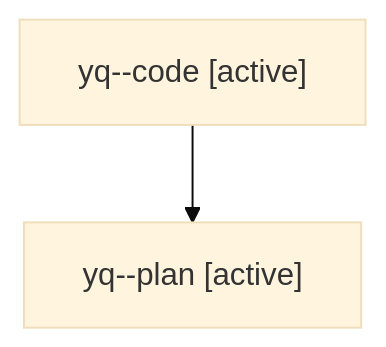
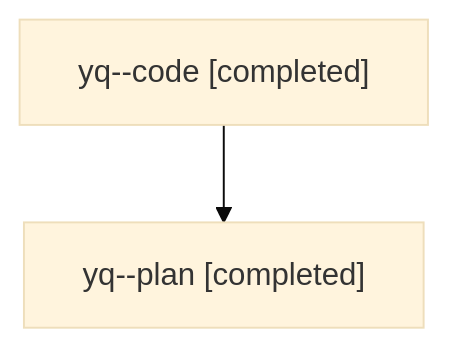
One commit to sase-org/sase--agents changed the diagram in families/bbugyi200.athena.yq.md. Above: the diagram before and after it, drawn with Mermaid (base theme). The commit also changed other lines of this file and 16 other files, not shown here.

````diff
--- a/families/bbugyi200.athena.yq.md
+++ b/families/bbugyi200.athena.yq.md
@@ -9,6 +9,6 @@
 ```mermaid
 flowchart TD
-  n0["yq--code [active]"]
-  n1["yq--plan [active]"]
+  n0["yq--code [completed]"]
+  n1["yq--plan [completed]"]
   n0 --> n1
 ```
````
